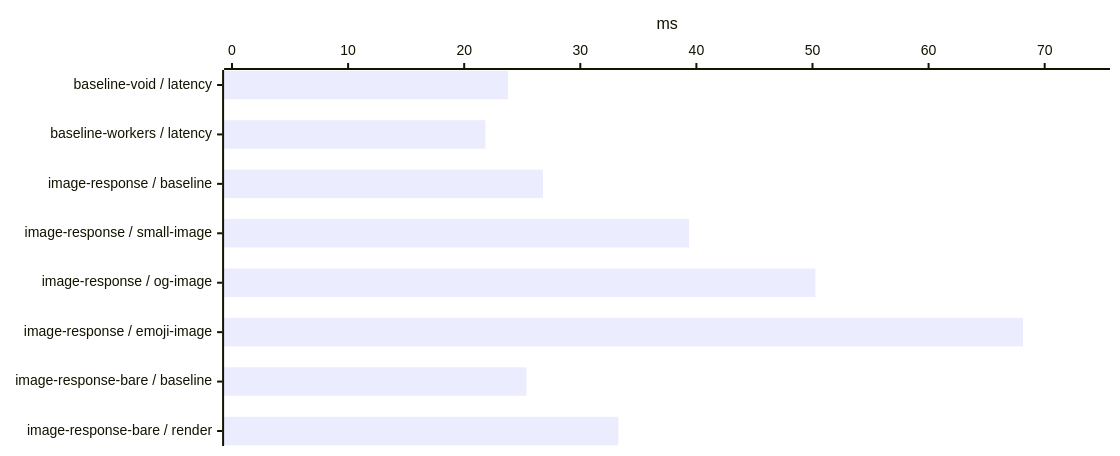
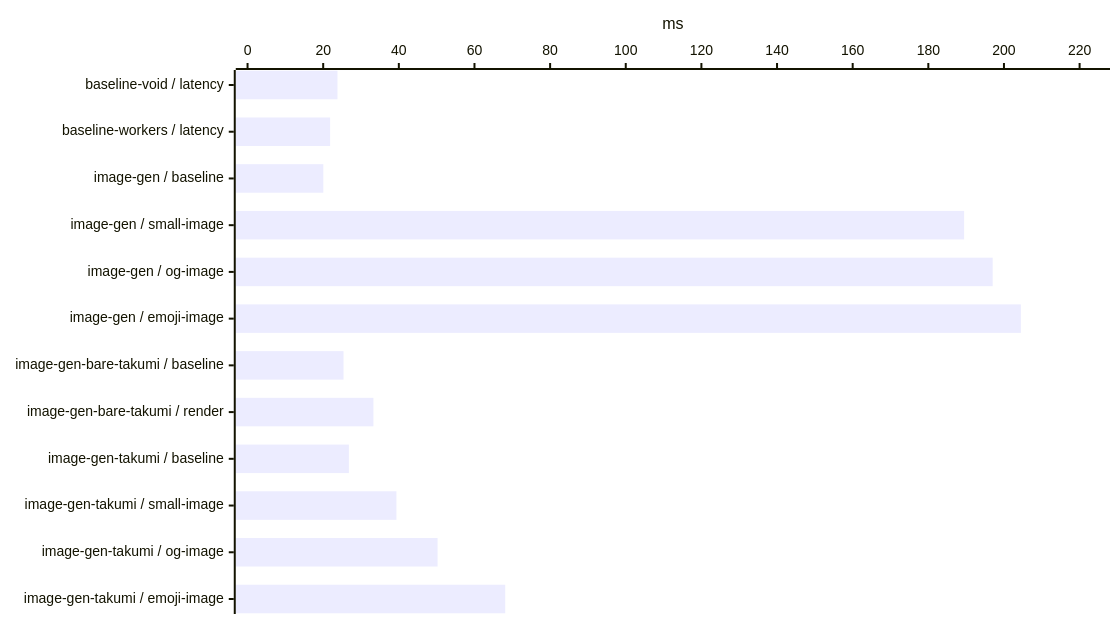
Before and after one commit to voidzero-dev/void: the eighth of 25 diagrams in benchmark/report.md, drawn with Mermaid. The commit also changed other lines of this file and 41 other files, not shown here.

````diff
--- a/benchmark/report.md
+++ b/benchmark/report.md
@@ -167,12 +170,12 @@
 ```mermaid
 ---
 config:
   xyChart:
     width: 1100
-    height: 436
+    height: 604
 ---
 xychart-beta horizontal
-    x-axis ["baseline-void / latency", "baseline-workers / latency", "image-response / baseline", "image-response / small-image", "image-response / og-image", "image-response / emoji-image", "image-response-bare / baseline", "image-response-bare / render"]
-    y-axis "ms" 0 --> 74.94575
-    bar [23.777375, 21.83075, 26.7835, 39.3675, 50.247583, 68.1325, 25.370375, 33.281791]
+    x-axis ["baseline-void / latency", "baseline-workers / latency", "image-gen / baseline", "image-gen / small-image", "image-gen / og-image", "image-gen / emoji-image", "image-gen-bare-takumi / baseline", "image-gen-bare-takumi / render", "image-gen-takumi / baseline", "image-gen-takumi / small-image", "image-gen-takumi / og-image", "image-gen-takumi / emoji-image"]
+    y-axis "ms" 0 --> 224.92076
+    bar [23.777375, 21.83075, 20.032542, 189.47088, 197.01025, 204.47342, 25.370375, 33.281791, 26.7835, 39.3675, 50.247583, 68.1325]
 ```
````
